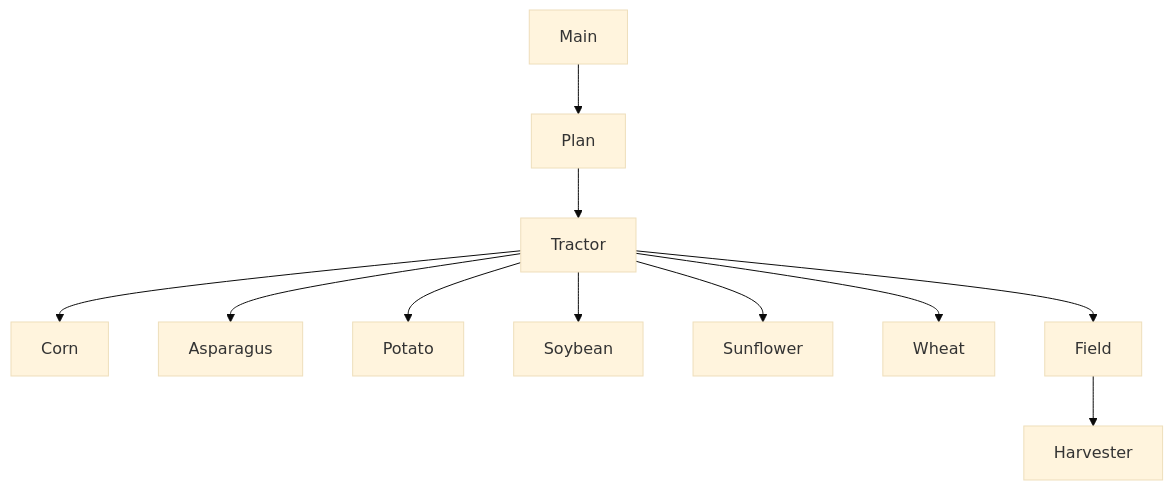
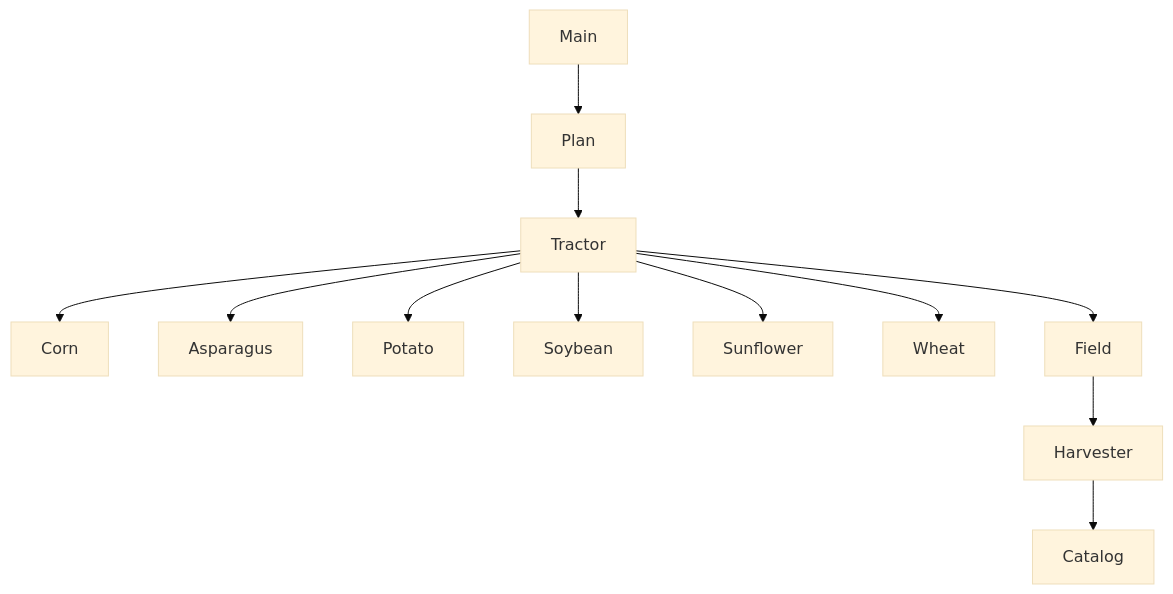
One commit to NSS-SE-Frontend-Cohort/Modern-Farm-harmonoman changed the diagram in dependency-graph.md. Above: the diagram before and after it, drawn with Mermaid (base theme). The commit also changed 3 other files, not shown here.

````diff
--- a/dependency-graph.md
+++ b/dependency-graph.md
@@ -1,14 +1,15 @@
 ```mermaid
 graph TD;
   A[Main] --> B[Plan];
   B --> C[Tractor];
   C --> D[Corn];
   C --> E[Asparagus];
   C --> F[Potato];
   C --> G[Soybean];
   C --> H[Sunflower];
   C --> I[Wheat];
   C --> J[Field];
   J --> K[Harvester];
+  K --> L[Catalog];
 
 ```
````
